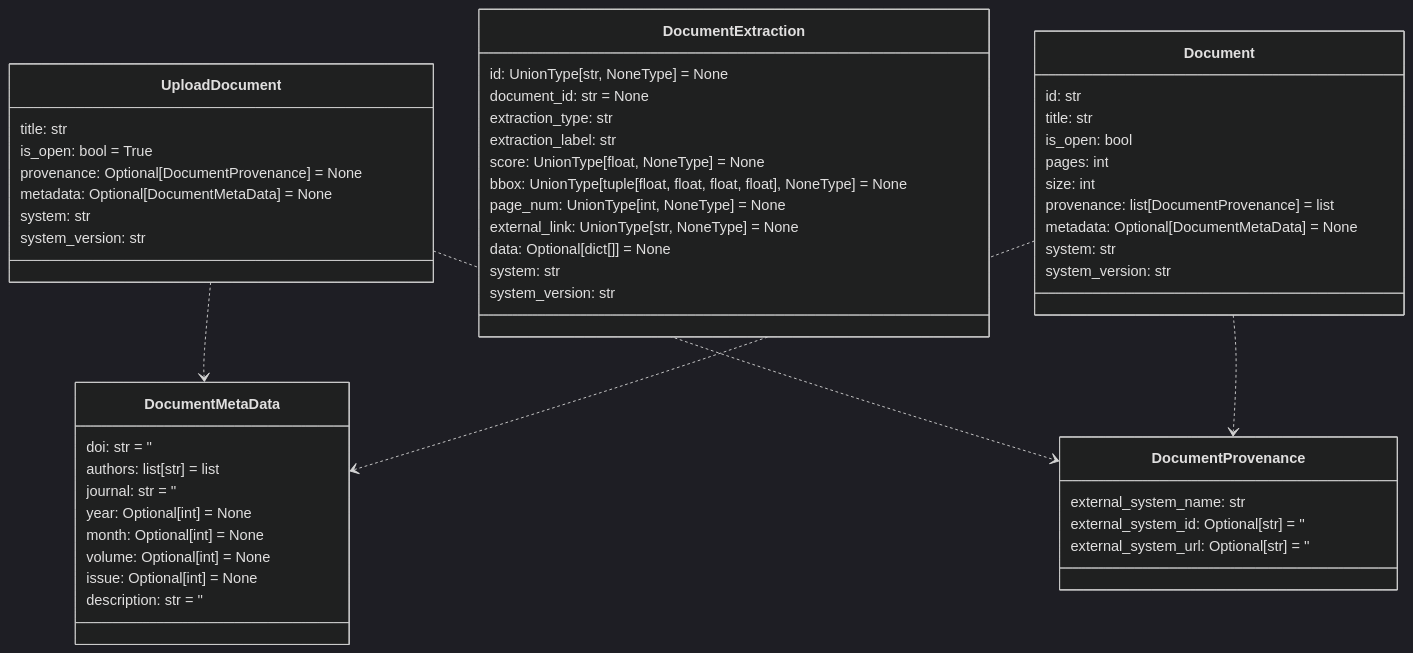
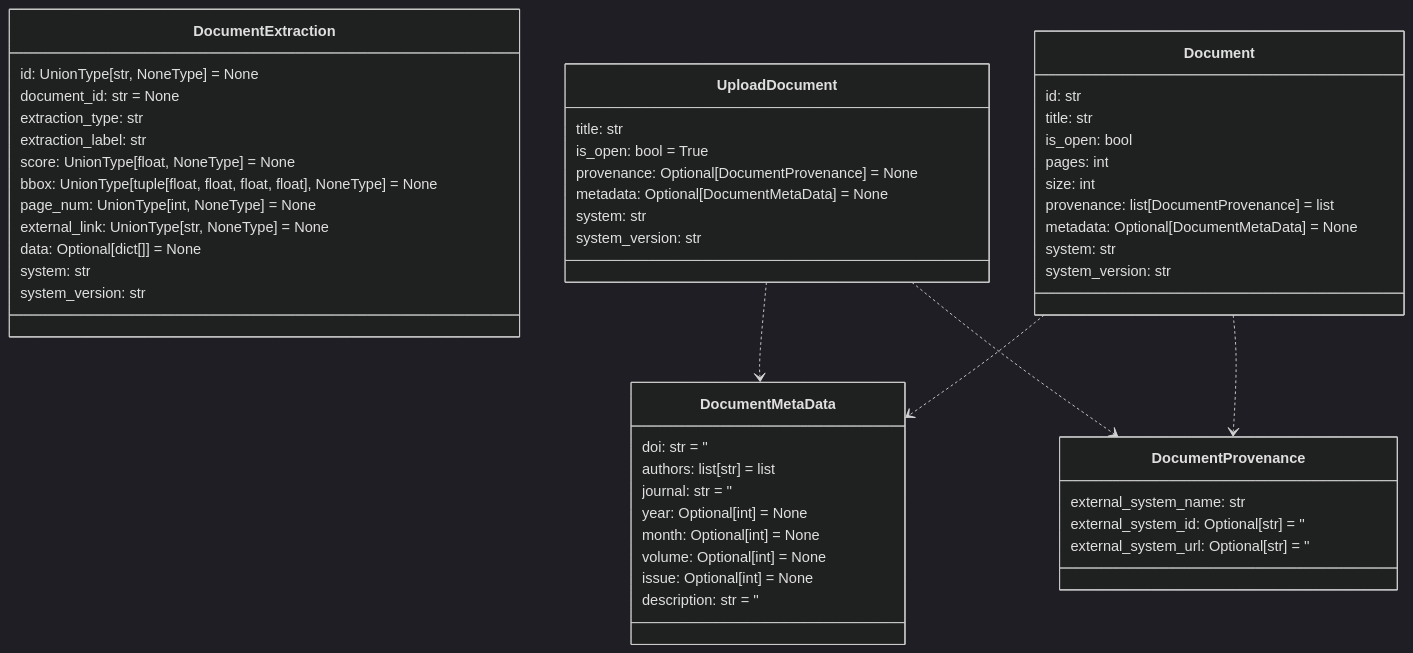
The ninth of 12 diagrams in README.md (DARPA-CRITICALMAAS/cdr_schemas), drawn with Mermaid (dark theme) before and after one commit. The commit also changed other lines of this file and 1 other file, not shown here.

Commit message:
version bump

````diff
--- a/README.md
+++ b/README.md
@@ -667,62 +667,62 @@
 ```mermaid
 classDiagram
-
-    class UploadDocument {
-        title: str
-        is_open: bool = True
-        provenance: Optional[DocumentProvenance] = None
-        metadata: Optional[DocumentMetaData] = None
-        system: str
-        system_version: str
-    }
-
-    class DocumentProvenance {
-        external_system_name: str
-        external_system_id: Optional[str] = ''
-        external_system_url: Optional[str] = ''
-    }
 
     class DocumentExtraction {
         id: UnionType[str, NoneType] = None
         document_id: str = None
         extraction_type: str
         extraction_label: str
         score: UnionType[float, NoneType] = None
         bbox: UnionType[tuple[float, float, float, float], NoneType] = None
         page_num: UnionType[int, NoneType] = None
         external_link: UnionType[str, NoneType] = None
         data: Optional[dict[]] = None
         system: str
         system_version: str
     }
 
     class DocumentMetaData {
         doi: str = ''
         authors: list[str] = list
         journal: str = ''
         year: Optional[int] = None
         month: Optional[int] = None
         volume: Optional[int] = None
         issue: Optional[int] = None
         description: str = ''
     }
 
+    class DocumentProvenance {
+        external_system_name: str
+        external_system_id: Optional[str] = ''
+        external_system_url: Optional[str] = ''
+    }
+
+    class UploadDocument {
+        title: str
+        is_open: bool = True
+        provenance: Optional[DocumentProvenance] = None
+        metadata: Optional[DocumentMetaData] = None
+        system: str
+        system_version: str
+    }
+
     class Document {
         id: str
         title: str
         is_open: bool
         pages: int
         size: int
         provenance: list[DocumentProvenance] = list
         metadata: Optional[DocumentMetaData] = None
         system: str
         system_version: str
     }
 
     UploadDocument ..> DocumentMetaData
     UploadDocument ..> DocumentProvenance
     Document ..> DocumentMetaData
     Document ..> DocumentProvenance
 
 
 ```
````
